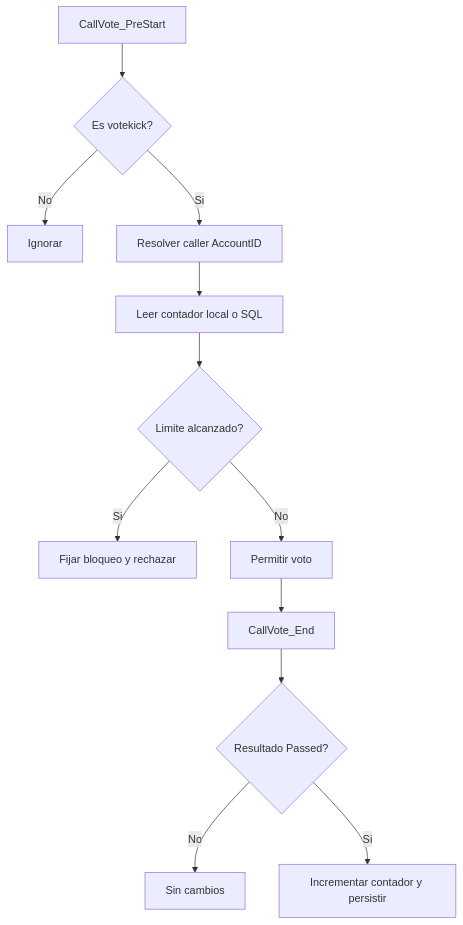
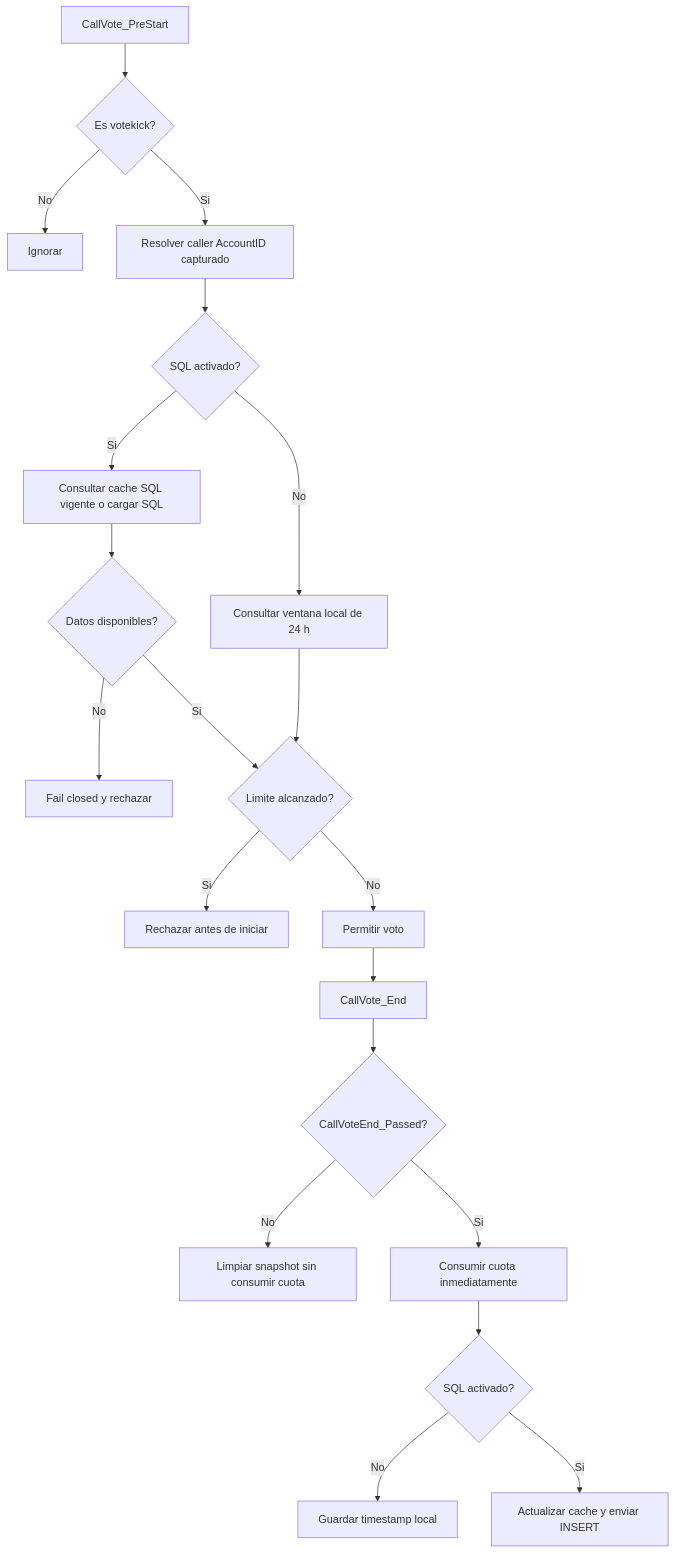
The diagram in docs/README_KICKLIMIT.md (AoC-Gamers/CallVote-Manager), drawn with Mermaid before and after one commit. The commit also changed other lines of this file and 50 other files, not shown here.

First line of the commit message:
Refactor CallVote core and satellites and consolidate documentation

````diff
--- a/docs/README_KICKLIMIT.md
+++ b/docs/README_KICKLIMIT.md
@@ -21,14 +23,22 @@
 ```mermaid
 flowchart TD
     A[CallVote_PreStart] --> B{Es votekick?}
     B -- No --> C[Ignorar]
-    B -- Si --> D[Resolver caller AccountID]
-    D --> E[Leer contador local o SQL]
-    E --> F{Limite alcanzado?}
-    F -- Si --> G[Fijar bloqueo y rechazar]
-    F -- No --> H[Permitir voto]
-    H --> I[CallVote_End]
-    I --> J{Resultado Passed?}
-    J -- No --> K[Sin cambios]
-    J -- Si --> L[Incrementar contador y persistir]
+    B -- Si --> D[Resolver caller AccountID capturado]
+    D --> E{SQL activado?}
+    E -- No --> F[Consultar ventana local de 24 h]
+    E -- Si --> G[Consultar cache SQL vigente o cargar SQL]
+    G --> H{Datos disponibles?}
+    H -- No --> I[Fail closed y rechazar]
+    F --> J{Limite alcanzado?}
+    H -- Si --> J
+    J -- Si --> K[Rechazar antes de iniciar]
+    J -- No --> L[Permitir voto]
+    L --> M[CallVote_End]
+    M --> N{CallVoteEnd_Passed?}
+    N -- No --> O[Limpiar snapshot sin consumir cuota]
+    N -- Si --> P[Consumir cuota inmediatamente]
+    P --> Q{SQL activado?}
+    Q -- No --> R[Guardar timestamp local]
+    Q -- Si --> S[Actualizar cache y enviar INSERT]
 ```
````
